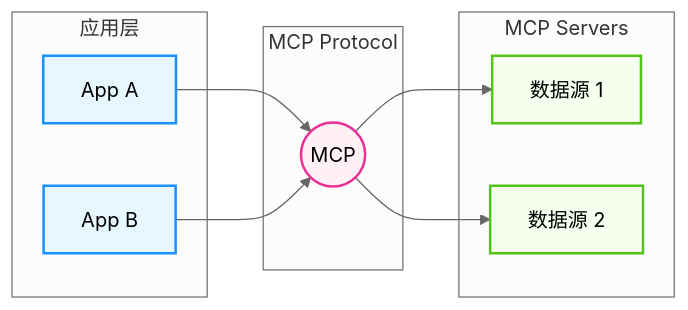
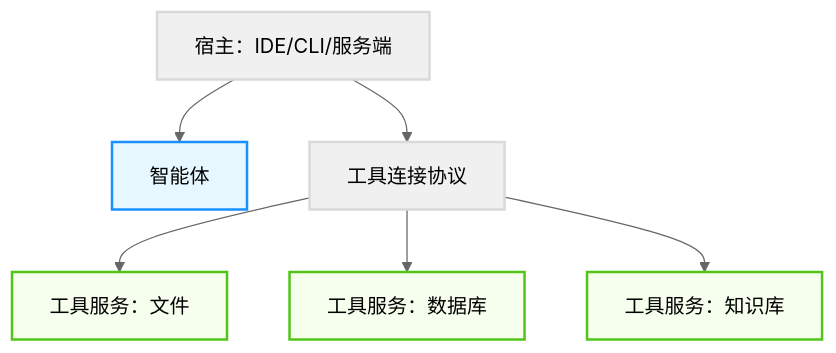
The diagram in 04_tools/4.3_mcp.md (yeasy/agentic_ai_guide), drawn with Mermaid (neutral theme) before and after one commit. The commit also changed other lines of this file and 88 other files, not shown here.

````diff
--- a/04_tools/4.3_mcp.md
+++ b/04_tools/4.3_mcp.md
@@ -52,30 +86,12 @@
 ```mermaid
-graph LR
-    %% Agentic Design System
+graph TD
     classDef agent fill:#e6f7ff,stroke:#1890ff,stroke-width:2px;
     classDef tool fill:#f6ffed,stroke:#52c41a,stroke-width:2px;
-    classDef memory fill:#fff0f6,stroke:#eb2f96,stroke-width:2px;
+    classDef system fill:#f0f0f0,stroke:#d9d9d9,stroke-width:2px;
 
-    subgraph Apps [应用层]
-        A[App A]
-        B[App B]
-    end
-    
-    subgraph Protocol [MCP Protocol]
-        M((MCP))
-    end
-    
-    subgraph Servers [MCP Servers]
-        S1[数据源 1]
-        S2[数据源 2]
-    end
-    
-    A --> M
-    B --> M
-    M --> S1
-    M --> S2
-    
-    class A,B agent;
-    class M memory;
-    class S1,S2 tool;
+    Host[宿主：IDE/CLI/服务端]:::system --> Agent[智能体]:::agent
+    Host --> Protocol[工具连接协议]:::system
+    Protocol --> S1[工具服务：文件]:::tool
+    Protocol --> S2[工具服务：数据库]:::tool
+    Protocol --> S3[工具服务：知识库]:::tool
 ```
````
